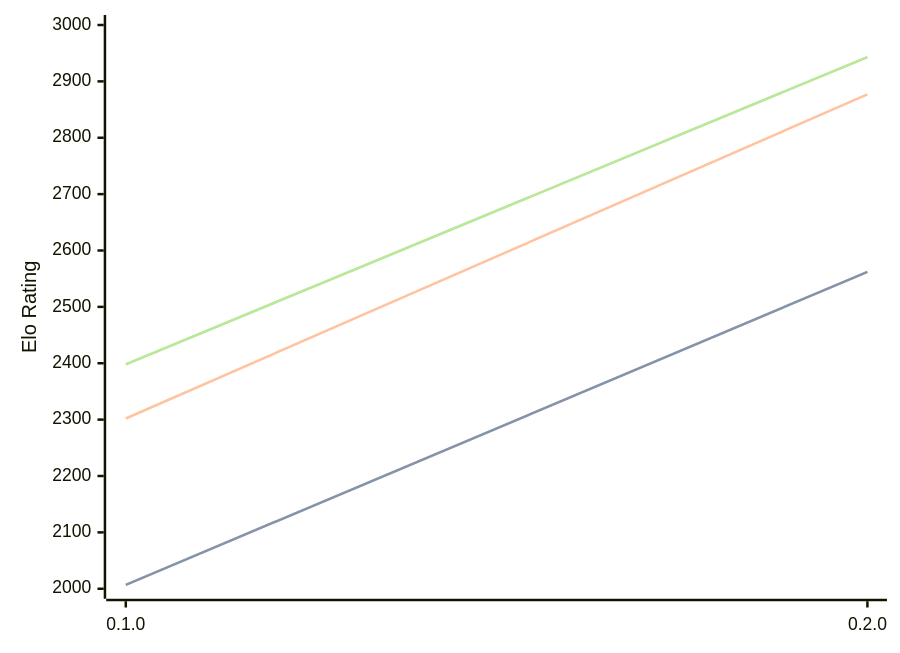
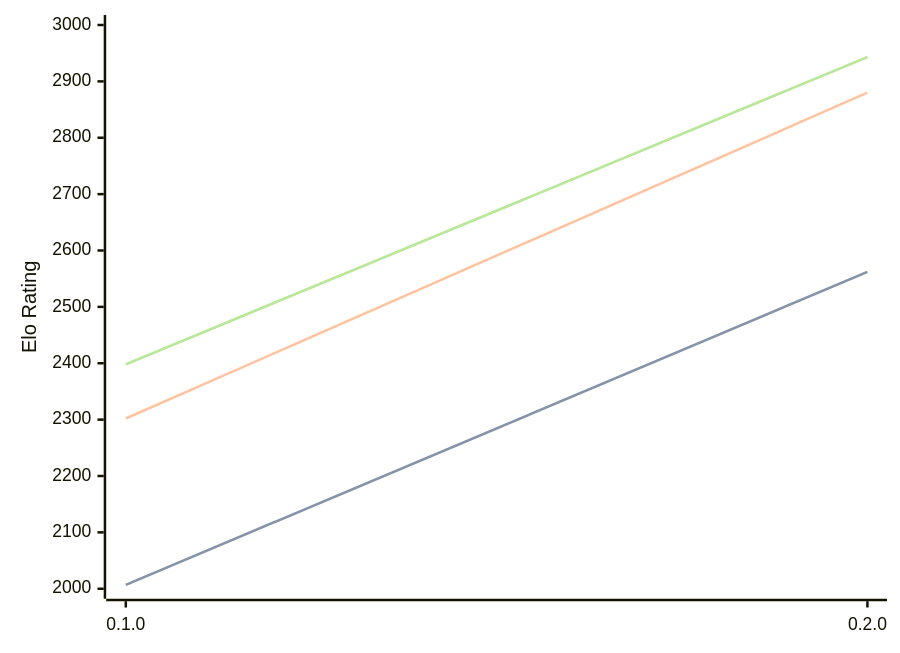
One commit to computer-chess-index/cci changed the diagram in engines/Justbot.md. Above: the diagram before and after it, drawn with Mermaid. The commit also changed other lines of this file, not shown here.

````diff
--- a/engines/Justbot.md
+++ b/engines/Justbot.md
@@ -32,11 +32,11 @@
 ```mermaid
 %%{init: {"theme":"base","themeVariables":{"seriesColors:['#a3a3a3','#222221','#faa371']}}}%%
 xychart-beta
   x-axis ["0.1.0", "0.2.0"]
   y-axis "Elo Rating" 2000 --> 3000
   line "STC (8.0+0.08s)" [2007, 2562]
   line "STC (8.0+0.08s)" [2007, 2562]
-  line "LTC (60.0+0.60s)" [2302, 2877]
+  line "LTC (60.0+0.60s)" [2302, 2880]
   line "VLTC (2m24s+1.12s)" [2398, 2943]
   line "VLTC (2m24s+1.12s)" [2398, 2943]
 ```
````
